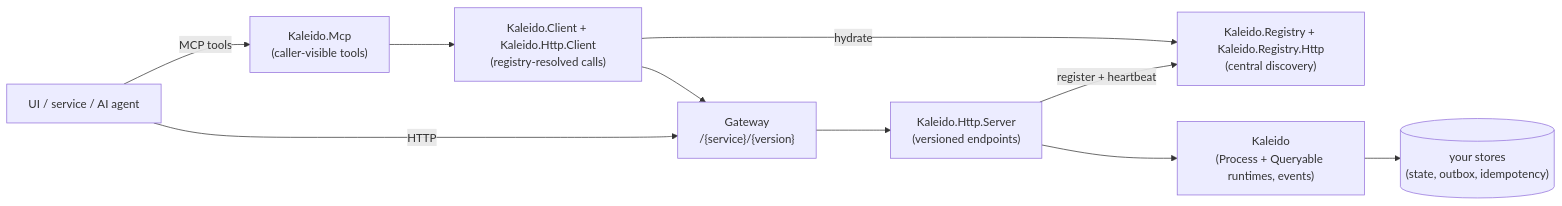
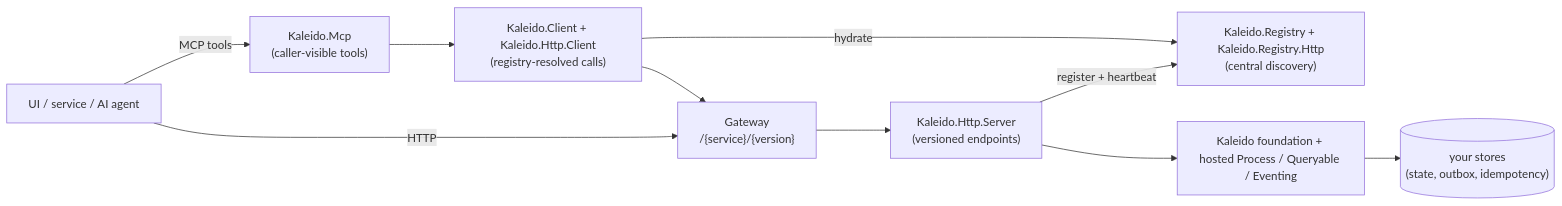
One commit to no1ross/Kaleido changed the diagram in docs/guide/README.md. Above: the diagram before and after it, drawn with Mermaid. The commit also changed other lines of this file and 187 other files, not shown here.

````diff
--- a/docs/guide/README.md
+++ b/docs/guide/README.md
@@ -20,18 +20,18 @@
 ```mermaid
 flowchart LR
     caller["UI / service / AI agent"]
     mcp["Kaleido.Mcp<br/>(caller-visible tools)"]
     client["Kaleido.Client + Kaleido.Http.Client<br/>(registry-resolved calls)"]
     gateway["Gateway<br/>/{service}/{version}"]
     registry["Kaleido.Registry + Kaleido.Registry.Http<br/>(central discovery)"]
     http["Kaleido.Http.Server<br/>(versioned endpoints)"]
-    core["Kaleido<br/>(Process + Queryable runtimes, events)"]
+    core["Kaleido foundation + hosted Process / Queryable / Eventing"]
     store[("your stores<br/>(state, outbox, idempotency)")]
 
     caller -- "MCP tools" --> mcp
     caller -- "HTTP" --> gateway
     mcp --> client --> gateway
     gateway --> http --> core --> store
     http -- "register + heartbeat" --> registry
     client -- "hydrate" --> registry
 ```
````
